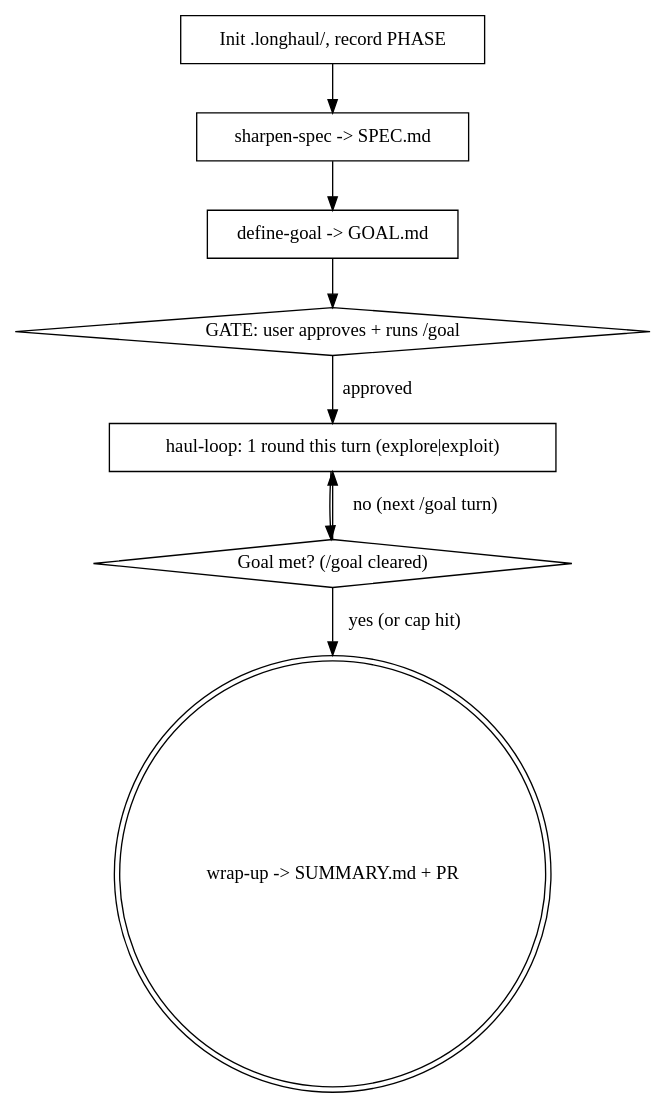
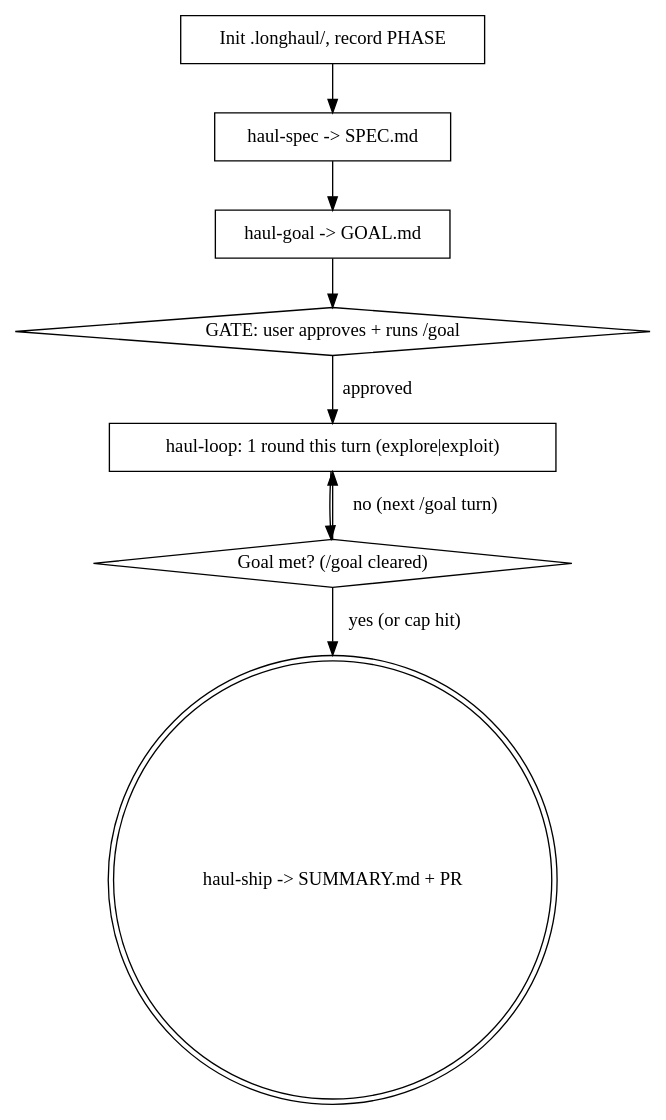
The diagram in long-haul/skills/long-haul/SKILL.md (ccomkhj/skills), drawn with Graphviz before and after one commit. The commit also changed other lines of this file and 23 other files, not shown here.

````diff
--- a/long-haul/skills/long-haul/SKILL.md
+++ b/long-haul/skills/long-haul/SKILL.md
@@ -46,19 +46,19 @@
 ```dot
 digraph long_haul {
   "Init .longhaul/, record PHASE" [shape=box];
-  "sharpen-spec -> SPEC.md" [shape=box];
-  "define-goal -> GOAL.md" [shape=box];
+  "haul-spec -> SPEC.md" [shape=box];
+  "haul-goal -> GOAL.md" [shape=box];
   "GATE: user approves + runs /goal" [shape=diamond];
   "haul-loop: 1 round this turn (explore|exploit)" [shape=box];
   "Goal met? (/goal cleared)" [shape=diamond];
-  "wrap-up -> SUMMARY.md + PR" [shape=doublecircle];
+  "haul-ship -> SUMMARY.md + PR" [shape=doublecircle];
 
-  "Init .longhaul/, record PHASE" -> "sharpen-spec -> SPEC.md";
-  "sharpen-spec -> SPEC.md" -> "define-goal -> GOAL.md";
-  "define-goal -> GOAL.md" -> "GATE: user approves + runs /goal";
+  "Init .longhaul/, record PHASE" -> "haul-spec -> SPEC.md";
+  "haul-spec -> SPEC.md" -> "haul-goal -> GOAL.md";
+  "haul-goal -> GOAL.md" -> "GATE: user approves + runs /goal";
   "GATE: user approves + runs /goal" -> "haul-loop: 1 round this turn (explore|exploit)" [label="approved"];
   "haul-loop: 1 round this turn (explore|exploit)" -> "Goal met? (/goal cleared)";
   "Goal met? (/goal cleared)" -> "haul-loop: 1 round this turn (explore|exploit)" [label="no (next /goal turn)"];
-  "Goal met? (/goal cleared)" -> "wrap-up -> SUMMARY.md + PR" [label="yes (or cap hit)"];
+  "Goal met? (/goal cleared)" -> "haul-ship -> SUMMARY.md + PR" [label="yes (or cap hit)"];
 }
 ```
````
